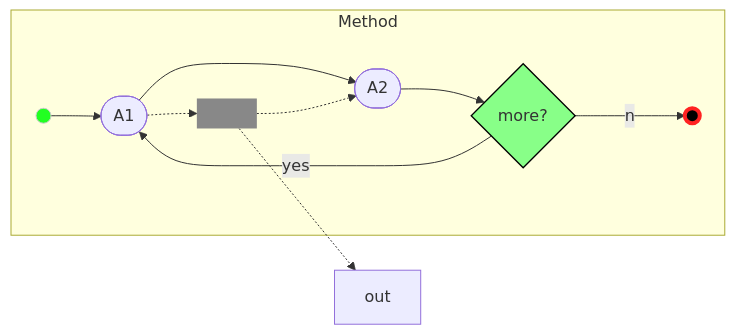
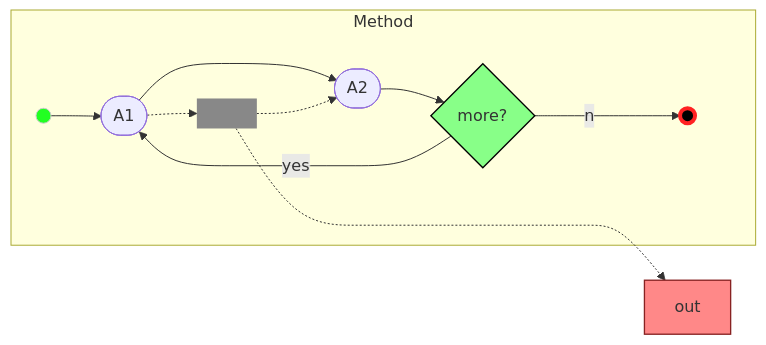
The first of 15 diagrams in content/other/vvml-questions/index.md (joseproenca/homepage-academic), drawn with Mermaid before and after one commit. The commit also changed other lines of this file, not shown here.

````diff
--- a/content/other/vvml-questions/index.md
+++ b/content/other/vvml-questions/index.md
@@ -49,17 +49,18 @@
 ```mermaid
 graph LR
   subgraph Method
     Init(( )):::in --> W1([A1])
     W1 --> W2([A2])
     W1 -.-> T1[ ]:::tr
     T1 -.-> W2
     W2 --> more{more?}:::gw
     more --yes--> W1
     more --no--> Stop(( )):::st
   end
-  T1 -.-> out
+  T1 -....-> out:::it
 classDef in fill:#2f2,stroke:#ccc;
 classDef st fill:#000,stroke:#f22,stroke-width:4px;
 classDef tr fill:#888,stroke-width:0pt;
 classDef gw fill:#8f8,stroke-width:1pt,stroke:#000;
+classDef it fill:#f88,stroke-width:1pt,stroke:#822;
 ```
````
